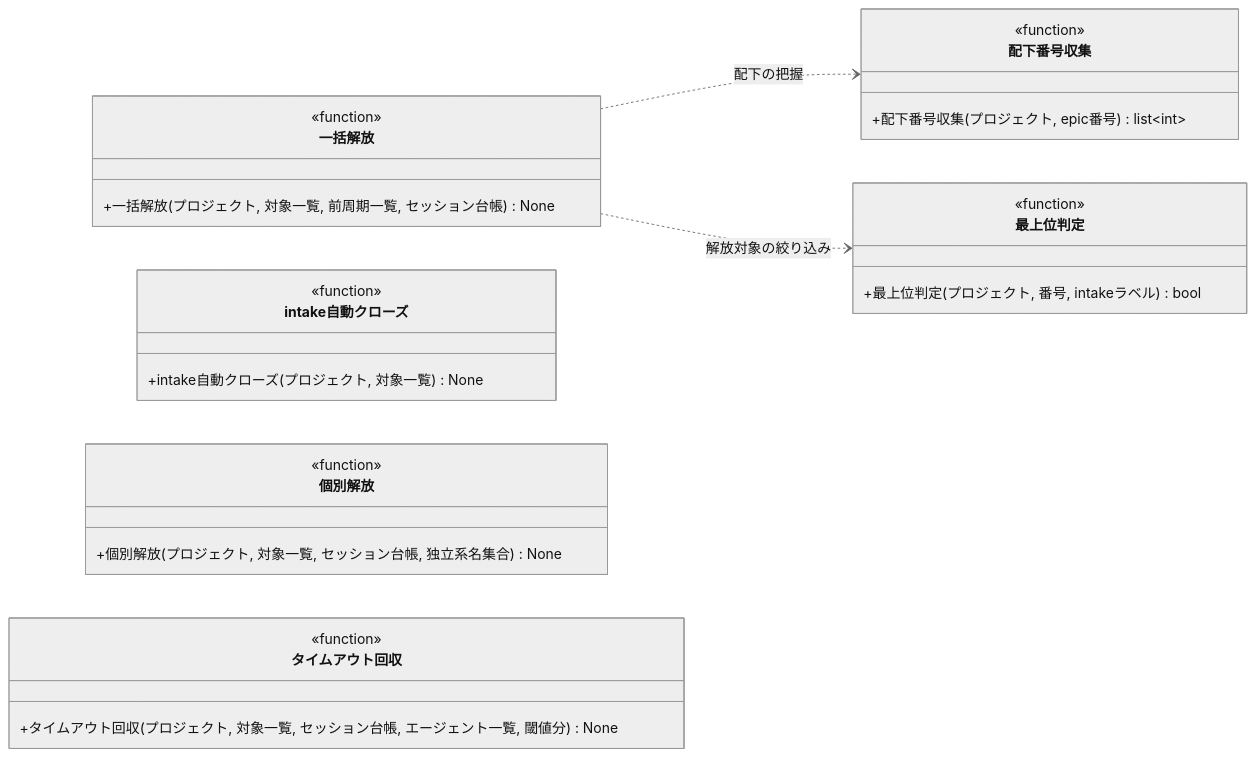
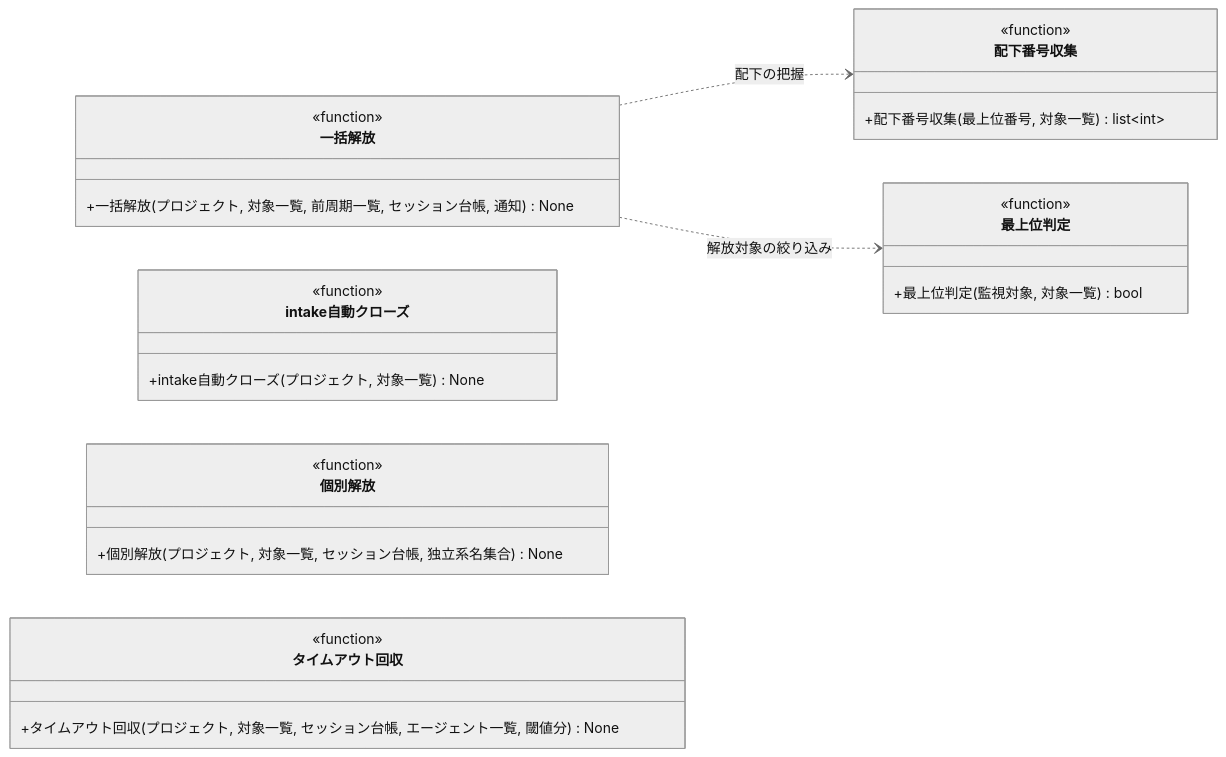
One commit to shuhei1101/ai-monitor changed the diagram in docs/wiki/設計図/モジュール構成/モニター/クリーンアップ.py.md. Above: the diagram before and after it, drawn with Mermaid (neutral theme). The commit also changed other lines of this file and 256 other files, not shown here.

````diff
--- a/docs/wiki/設計図/モジュール構成/モニター/クリーンアップ.py.md
+++ b/docs/wiki/設計図/モジュール構成/モニター/クリーンアップ.py.md
@@ -31,38 +31,38 @@
 ```mermaid
 classDiagram
   direction LR
   一括解放 ..> 配下番号収集 : 配下の把握
   一括解放 ..> 最上位判定 : 解放対象の絞り込み
 
   class intake自動クローズ {
     <<function>>
     +intake自動クローズ(プロジェクト, 対象一覧) None
   }
   class 一括解放 {
     <<function>>
-    +一括解放(プロジェクト, 対象一覧, 前周期一覧, セッション台帳) None
+    +一括解放(プロジェクト, 対象一覧, 前周期一覧, セッション台帳, 通知) None
   }
   class 配下番号収集 {
     <<function>>
-    +配下番号収集(プロジェクト, epic番号) list~int~
+    +配下番号収集(最上位番号, 対象一覧) list~int~
   }
   class 最上位判定 {
     <<function>>
-    +最上位判定(プロジェクト, 番号, intakeラベル) bool
+    +最上位判定(監視対象, 対象一覧) bool
   }
   class 個別解放 {
     <<function>>
     +個別解放(プロジェクト, 対象一覧, セッション台帳, 独立系名集合) None
   }
   class タイムアウト回収 {
     <<function>>
     +タイムアウト回収(プロジェクト, 対象一覧, セッション台帳, エージェント一覧, 閾値分) None
   }
 
   click intake自動クローズ href "#intake-自動クローズ"
   click 一括解放 href "#一括解放"
   click 配下番号収集 href "#配下番号収集"
   click 最上位判定 href "#最上位判定"
   click 個別解放 href "#個別解放"
   click タイムアウト回収 href "#タイムアウト回収"
 ```
````
